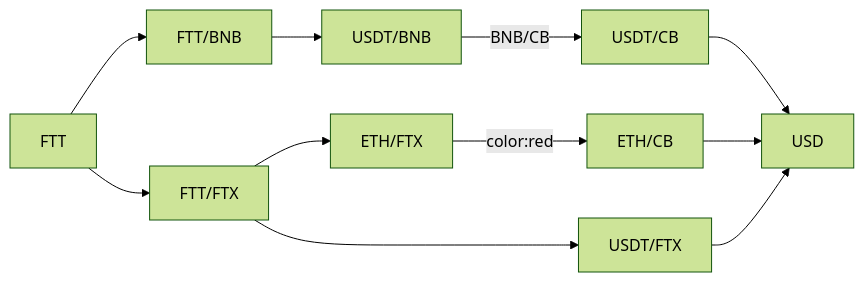
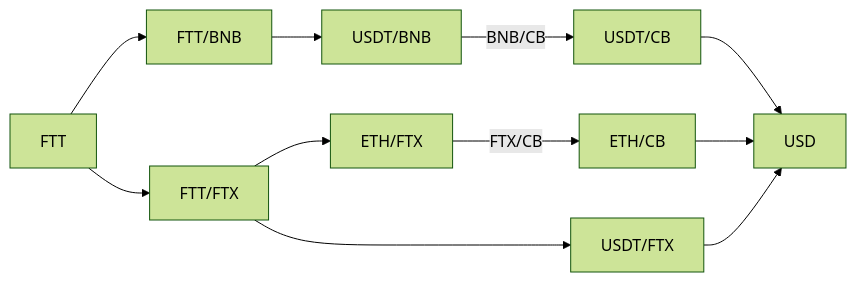
Before and after one commit to Ramzgate/node_setup: the second of 2 diagrams in ubuntu_os.md, drawn with Mermaid (forest theme).

Commit message:
ubuntu install instructions

````diff
--- a/ubuntu_os.md
+++ b/ubuntu_os.md
@@ -78,13 +78,13 @@
 ```mermaid
 graph LR
   A[FTT] --> B[FTT/BNB]
   B --> C[USDT/BNB]
   C -->|BNB/CB| D[USDT/CB]
   D --> E[USD]
   A --> F[FTT/FTX]
   F --> G[ETH/FTX]
-  G --> |color:red| H[ETH/CB]
+  G --> |FTX/CB| H[ETH/CB]
   H --> E
   F --> I[USDT/FTX]
   I --> E
 ```
````
